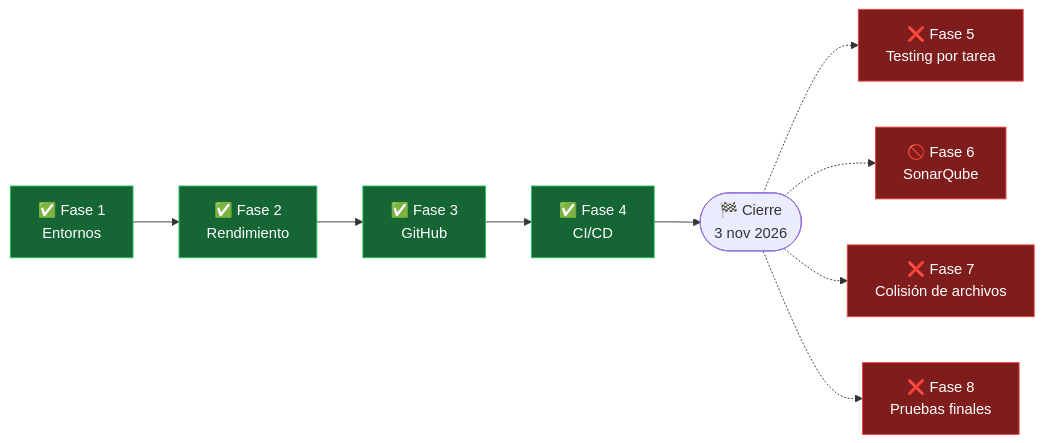
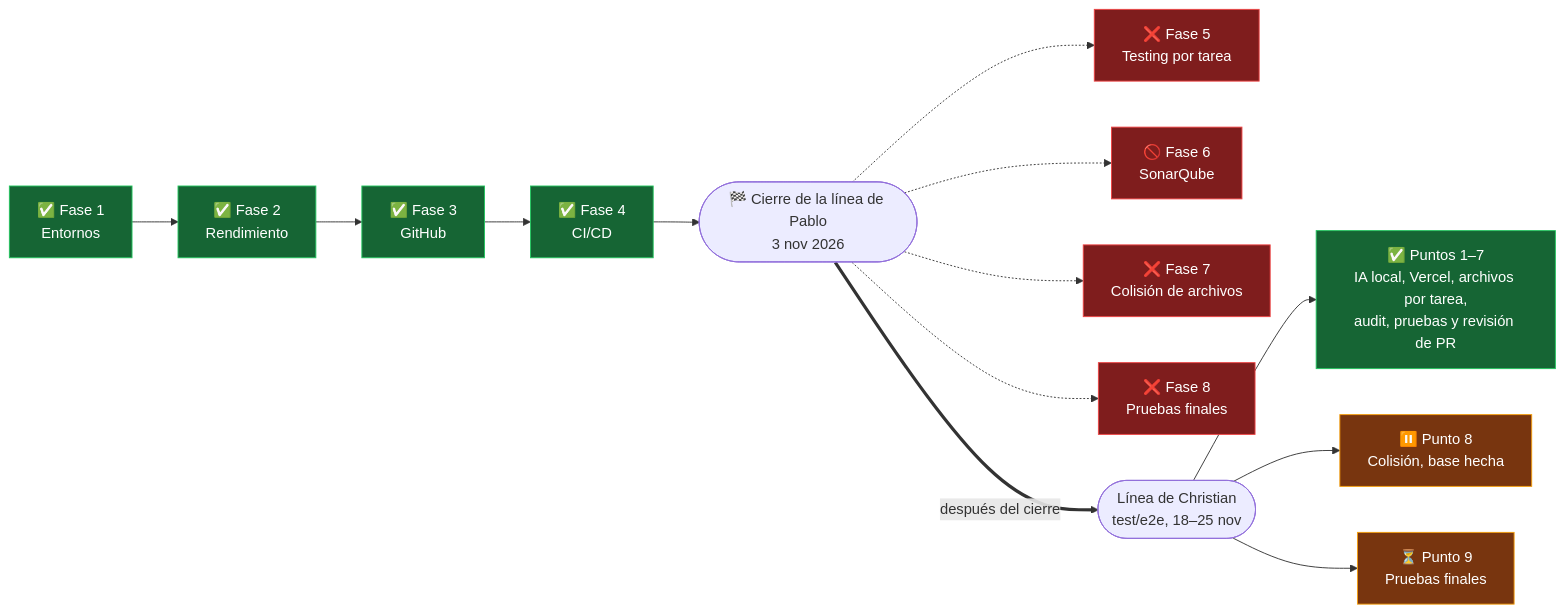
Before and after one commit to PabloP150/proyecto-is-cc6: the diagram in documentacion/01-proyecto/cierre-del-proyecto.md, drawn with Mermaid. The commit also changed other lines of this file and 204 other files, not shown here.

First line of the commit message:
docs: update all documentation, diagrams and PNGs to the test/e2e state

````diff
--- a/documentacion/01-proyecto/cierre-del-proyecto.md
+++ b/documentacion/01-proyecto/cierre-del-proyecto.md
@@ -5,14 +5,20 @@
 ```mermaid
 flowchart LR
     F1["✅ Fase 1<br/>Entornos"] --> F2["✅ Fase 2<br/>Rendimiento"] --> F3["✅ Fase 3<br/>GitHub"] --> F4["✅ Fase 4<br/>CI/CD"]
-    F4 --> C(["🏁 Cierre<br/>3 nov 2026"])
+    F4 --> C(["🏁 Cierre de la línea de Pablo<br/>3 nov 2026"])
     C -.-> F5["❌ Fase 5<br/>Testing por tarea"]
     C -.-> F6["🚫 Fase 6<br/>SonarQube"]
     C -.-> F7["❌ Fase 7<br/>Colisión de archivos"]
     C -.-> F8["❌ Fase 8<br/>Pruebas finales"]
+    C ==>|después del cierre| X(["Línea de Christian<br/>test/e2e, 18–25 nov"])
+    X --> X1["✅ Puntos 1–7<br/>IA local, Vercel, archivos por tarea,<br/>audit, pruebas y revisión de PR"]
+    X --> X8["⏸️ Punto 8<br/>Colisión, base hecha"]
+    X --> X9["⏳ Punto 9<br/>Pruebas finales"]
 
     classDef done fill:#166534,stroke:#22c55e,color:#ffffff
     classDef nodo fill:#7f1d1d,stroke:#ef4444,color:#ffffff
-    class F1,F2,F3,F4 done
+    classDef pend fill:#78350f,stroke:#f59e0b,color:#ffffff
+    class F1,F2,F3,F4,X1 done
     class F5,F6,F7,F8 nodo
+    class X8,X9 pend
 ```
````
